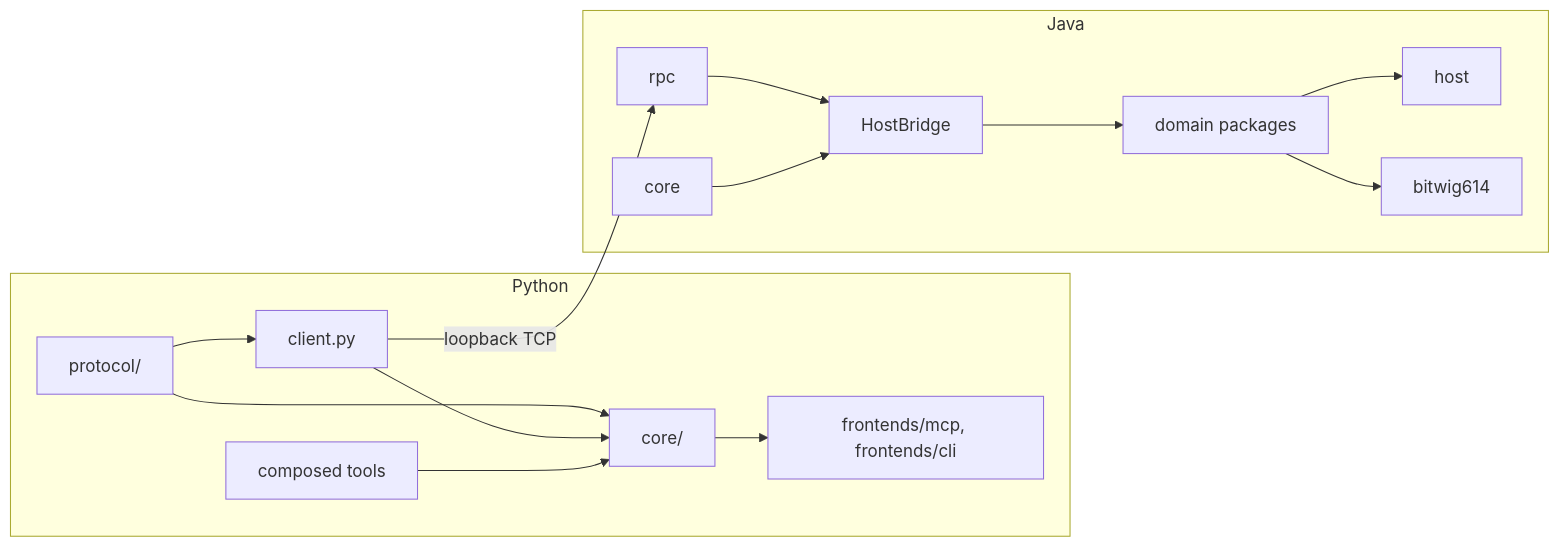
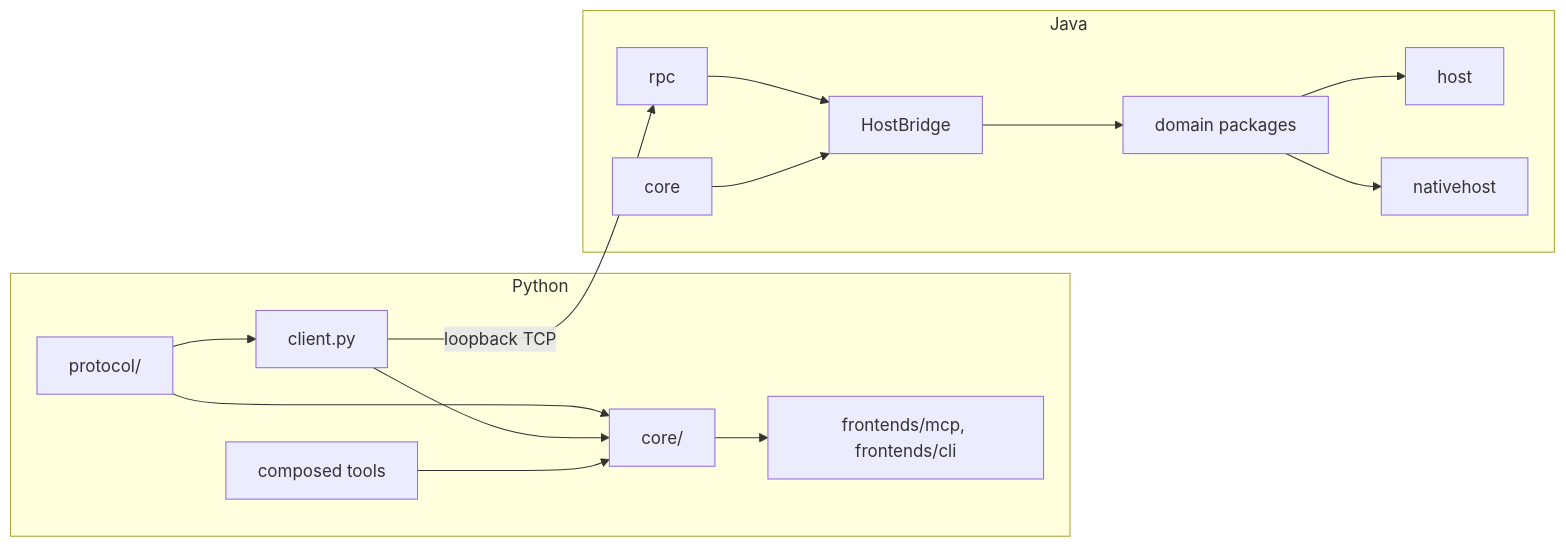
Before and after one commit to BANANASJIM/bitwig-agent: the diagram in docs/architecture.md, drawn with Mermaid. The commit also changed other lines of this file and 107 other files, not shown here.

````diff
--- a/docs/architecture.md
+++ b/docs/architecture.md
@@ -136,18 +136,18 @@
 ```mermaid
 flowchart LR
     subgraph Python
         P[protocol/] --> C[client.py]
         P --> CO[core/]
         C --> CO
         T[composed tools] --> CO
         CO --> F[frontends/mcp, frontends/cli]
     end
     subgraph Java
         R[rpc] --> H[HostBridge]
         M[core] --> H
         H --> D[domain packages]
         D --> HS[host]
-        D --> N[bitwig614]
+        D --> N[nativehost]
     end
     C -- "loopback TCP" --> R
 ```
````
